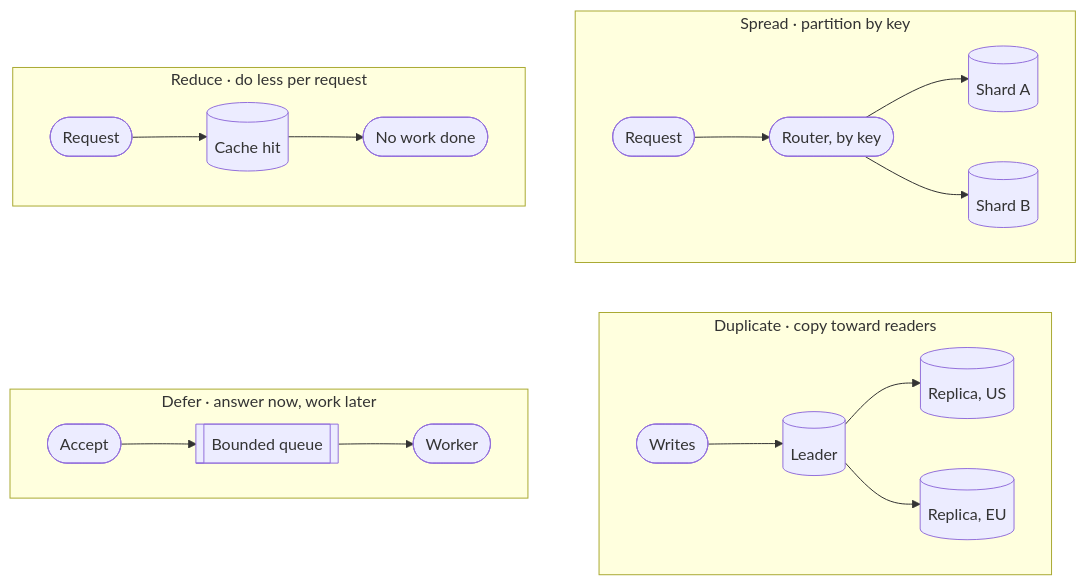
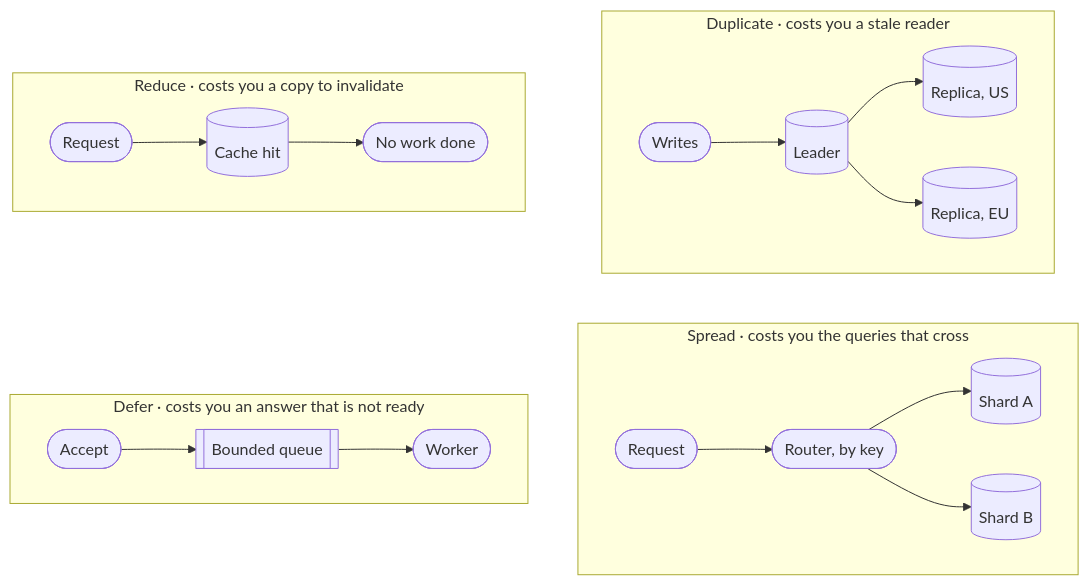
Diagram 11 of 19 in examples/system-design-foundations.md (Laticent/lattice), drawn with Mermaid before and after one commit. The commit also changed other lines of this file and 2 other files, not shown here.

````diff
--- a/examples/system-design-foundations.md
+++ b/examples/system-design-foundations.md
@@ -1646,23 +1646,23 @@
 ```mermaid
 flowchart TB
-  subgraph b["Spread · partition by key"]
+  subgraph b["Duplicate · costs you a stale reader"]
     direction LR
-    B1(["Request"]) --> B2(["Router, by key"]) --> B3[("Shard A")]
-    B2 --> B4[("Shard B")]
+    B1(["Writes"]) --> B2[("Leader")] --> B3[("Replica, US")]
+    B2 --> B4[("Replica, EU")]
   end
-  subgraph a["Reduce · do less per request"]
+  subgraph a["Reduce · costs you a copy to invalidate"]
     direction LR
     A1(["Request"]) --> A2[("Cache hit")] --> A3(["No work done"])
   end
-  subgraph d["Duplicate · copy toward readers"]
+  subgraph d["Spread · costs you the queries that cross"]
     direction LR
-    D1(["Writes"]) --> D2[("Leader")] --> D3[("Replica, US")]
-    D2 --> D4[("Replica, EU")]
+    D1(["Request"]) --> D2(["Router, by key"]) --> D3[("Shard A")]
+    D2 --> D4[("Shard B")]
   end
-  subgraph c["Defer · answer now, work later"]
+  subgraph c["Defer · costs you an answer that is not ready"]
     direction LR
     C1(["Accept"]) --> C2[["Bounded queue"]] --> C3(["Worker"])
   end
   a ~~~ c
   b ~~~ d
 ```
````
